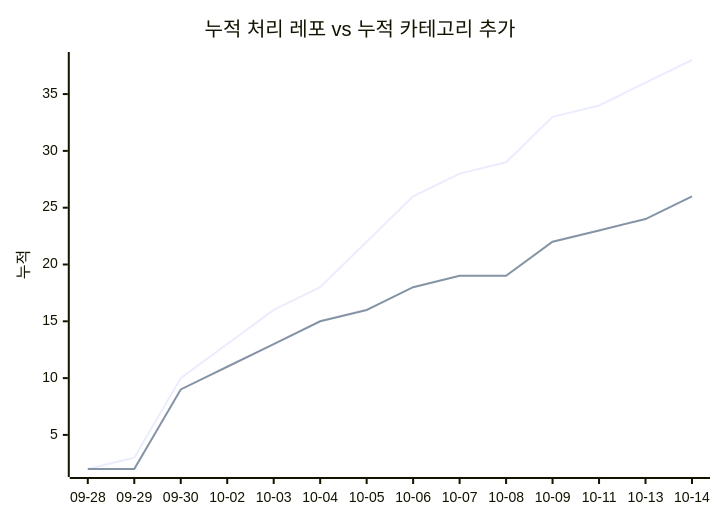
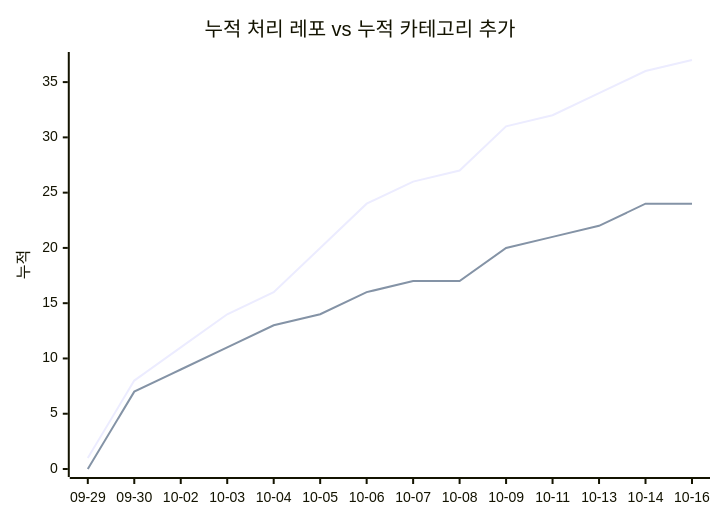
The second of 2 diagrams in docs/trends.md (J-nowcow/awesome-korean-agent-skills), drawn with Mermaid before and after one commit. The commit also changed other lines of this file and 2 other files, not shown here.

````diff
--- a/docs/trends.md
+++ b/docs/trends.md
@@ -68,8 +68,8 @@
 ```mermaid
 xychart-beta
     title "누적 처리 레포 vs 누적 카테고리 추가"
-    x-axis ["09-28","09-29","09-30","10-02","10-03","10-04","10-05","10-06","10-07","10-08","10-09","10-11","10-13","10-14"]
+    x-axis ["09-29","09-30","10-02","10-03","10-04","10-05","10-06","10-07","10-08","10-09","10-11","10-13","10-14","10-16"]
     y-axis "누적"
-    line [2,3,10,13,16,18,22,26,28,29,33,34,36,38]
-    line [2,2,9,11,13,15,16,18,19,19,22,23,24,26]
+    line [1,8,11,14,16,20,24,26,27,31,32,34,36,37]
+    line [0,7,9,11,13,14,16,17,17,20,21,22,24,24]
 ```
````
